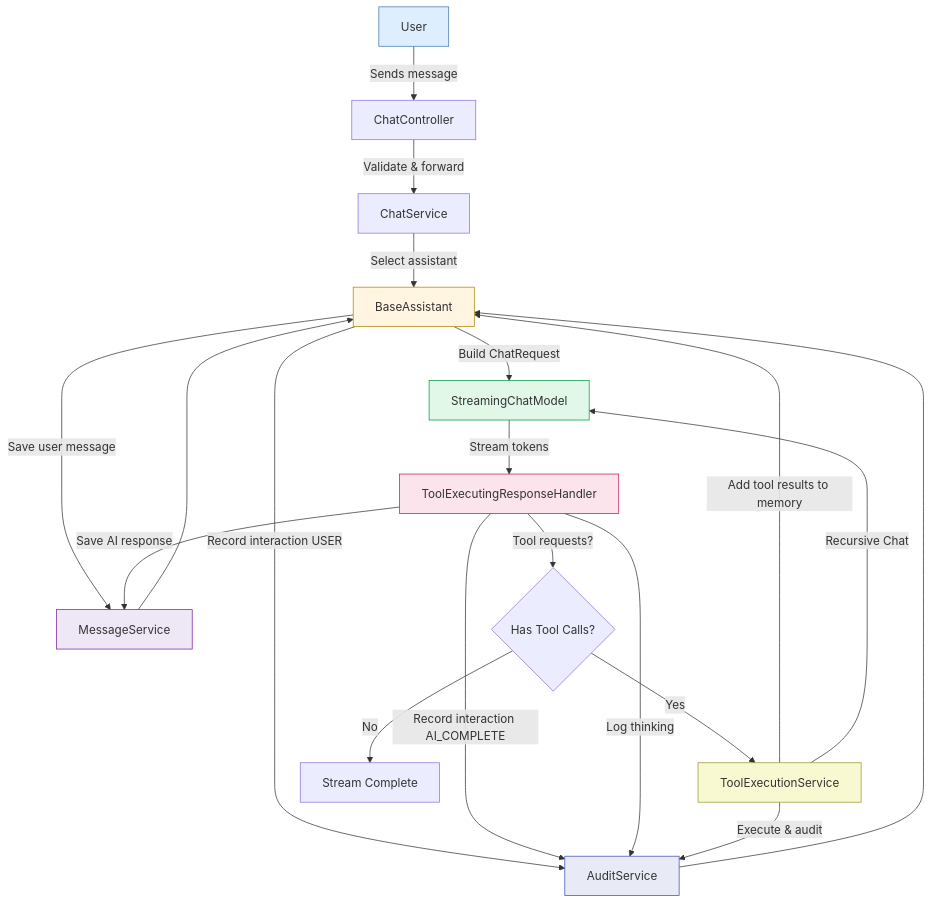
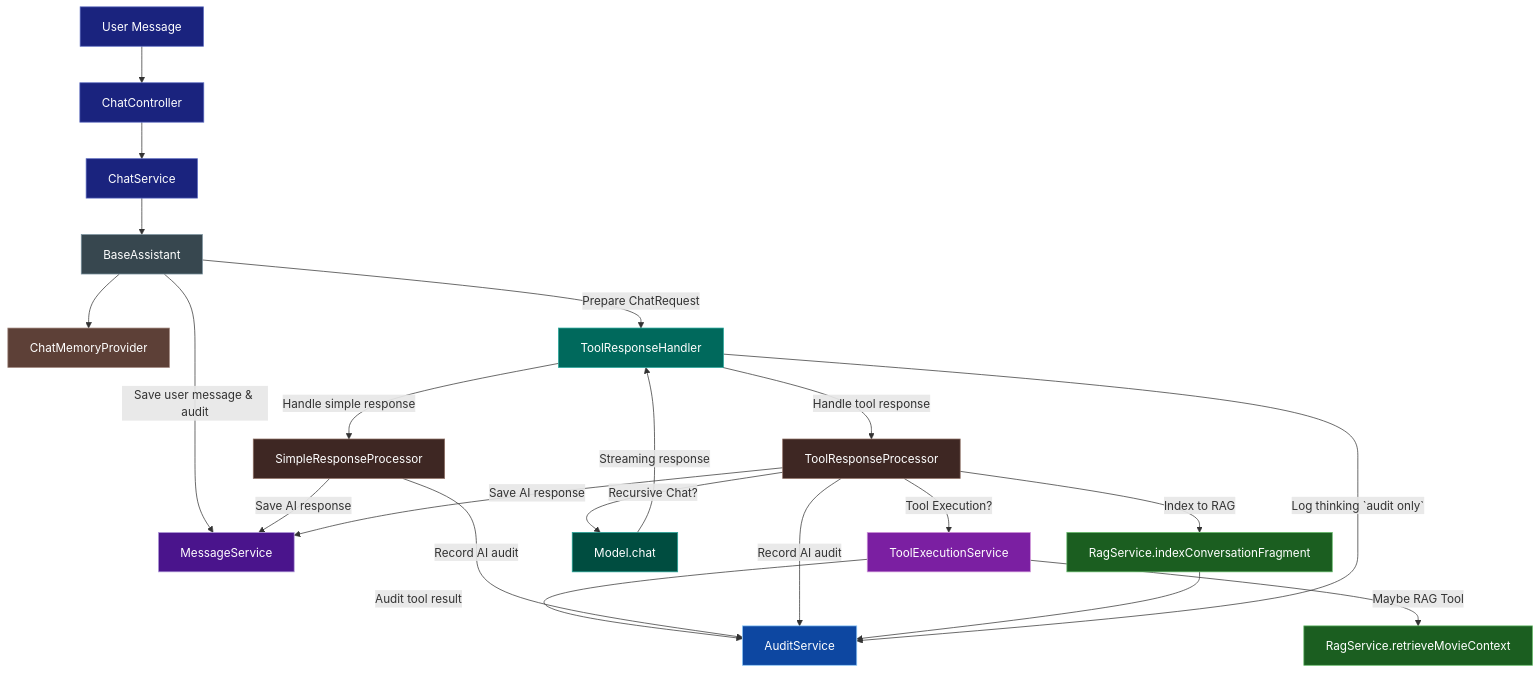
One commit to cgb12121/BBMovie changed the diagram in backend/ai-service/docs/chat-flow.md. Above: the diagram before and after it, drawn with Mermaid. The commit also changed other lines of this file and 31 other files, not shown here.

Commit message:
feat(ai-service): refactor chat handling to use ChatContext and improve error handling

````diff
--- a/backend/ai-service/docs/chat-flow.md
+++ b/backend/ai-service/docs/chat-flow.md
@@ -35,33 +52,46 @@
 ```mermaid
 flowchart TD
-    A[User] -->|Sends message| B[ChatController]
-    B -->|Validate & forward| C[ChatService]
-    C -->|Select assistant| D[BaseAssistant]
-    D -->|Record interaction USER| E[AuditService]
-    E --> D
-    D -->|Save user message| F[MessageService]
-    F --> D
+    U[User Message] --> CC[ChatController]
+    CC --> CS[ChatService]
+    CS --> A[BaseAssistant]
 
-    D -->|Build ChatRequest| G[StreamingChatModel]
-    G -->|Stream tokens| H[ToolExecutingResponseHandler]
+    A -->|Save user message & audit| MS[MessageService]
+    A --> CMP[ChatMemoryProvider]
 
-    H -->|Save AI response| F
-    H -->|Record interaction AI_COMPLETE| E
-    H -->|Log thinking | E
+    A -->|Prepare ChatRequest| H[ToolResponseHandler]
+    H -->|Handle simple response| SP[SimpleResponseProcessor]
+    H -->|Handle tool response| TP[ToolResponseProcessor]
 
-    H -->|Tool requests?| I{Has Tool Calls?}
-    I -->|Yes| J[ToolExecutionService]
-    J -->|Execute & audit| E
-    J -->|Add tool results to memory| D
+    TP -->|Tool Execution?| TES[ToolExecutionService]
+    TES -->|Maybe RAG Tool| RAG1[RagService.retrieveMovieContext]
+    TES -->|Audit tool result| AUD[AuditService]
 
-    I -->|No| K[Stream Complete]
-    J -->|Recursive Chat| G
+    TP -->|Recursive Chat?| M[Model.chat]
+    M -->|Streaming response| H
 
-    style A fill:#ddeeff,stroke:#4477aa
-    style D fill:#fff5e1,stroke:#aa8800
-    style G fill:#e1f7e7,stroke:#009944
-    style H fill:#fce4ec,stroke:#c2185b
-    style J fill:#f8f9d1,stroke:#999933
-    style E fill:#e8eaf6,stroke:#3f51b5
-    style F fill:#ede7f6,stroke:#7b1fa2
+    SP -->|Save AI response| MS
+    SP -->|Record AI audit| AUD
+
+    TP -->|Save AI response| MS
+    TP -->|Record AI audit| AUD
+
+    TP -->|Index to RAG| RAG2[RagService.indexConversationFragment]
+    RAG2 --> AUD
+
+    H -->|Log thinking `audit only`| AUD
+
+    style U fill:#1a237e,stroke:#5c6bc0,color:#ffffff
+    style CC fill:#1a237e,stroke:#5c6bc0,color:#ffffff
+    style CS fill:#1a237e,stroke:#5c6bc0,color:#ffffff
+    style A fill:#37474f,stroke:#78909c,color:#ffffff
+    style CMP fill:#5d4037,stroke:#a1887f,color:#ffffff
+    style H fill:#00695c,stroke:#26a69a,color:#ffffff
+    style SP fill:#3e2723,stroke:#8d6e63,color:#ffffff
+    style TP fill:#3e2723,stroke:#8d6e63,color:#ffffff
+    style TES fill:#7b1fa2,stroke:#ce93d8,color:#ffffff
+    style RAG1 fill:#1b5e20,stroke:#66bb6a,color:#ffffff
+    style RAG2 fill:#1b5e20,stroke:#66bb6a,color:#ffffff
+    style M fill:#004d40,stroke:#26a69a,color:#ffffff
+    style MS fill:#4a148c,stroke:#b39ddb,color:#ffffff
+    style AUD fill:#0d47a1,stroke:#90caf9,color:#ffffff
 ```
````
